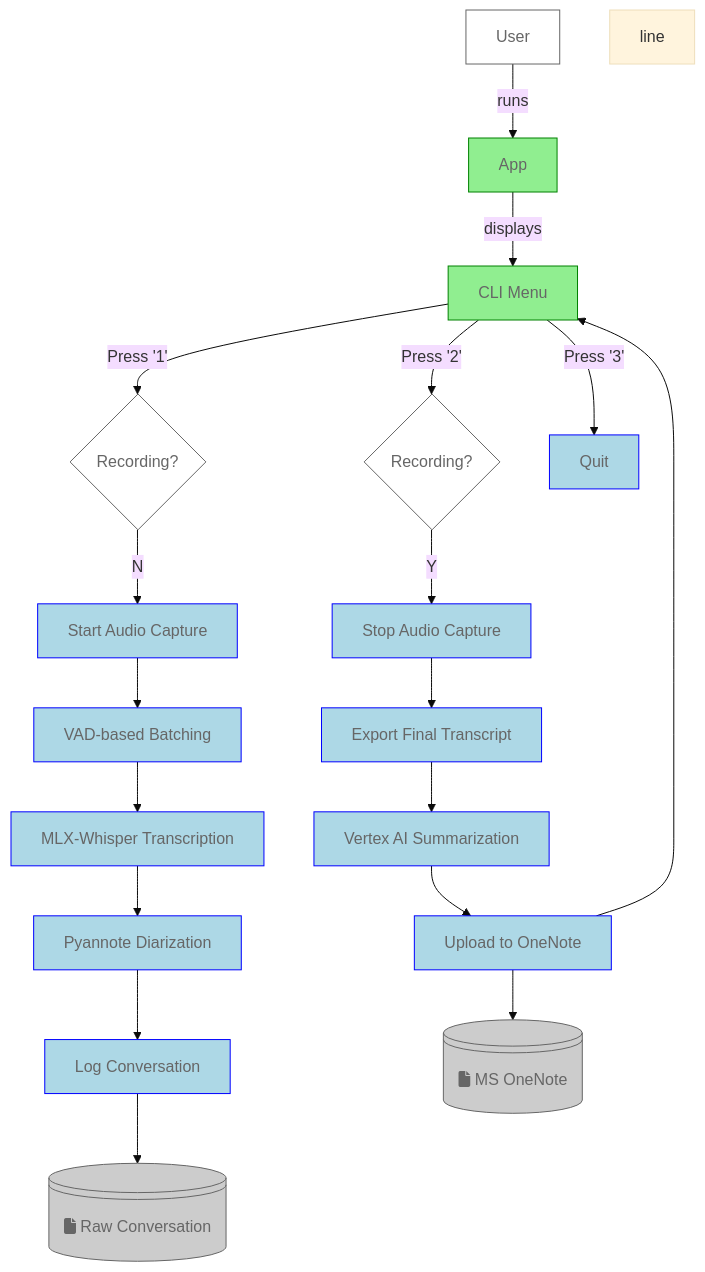
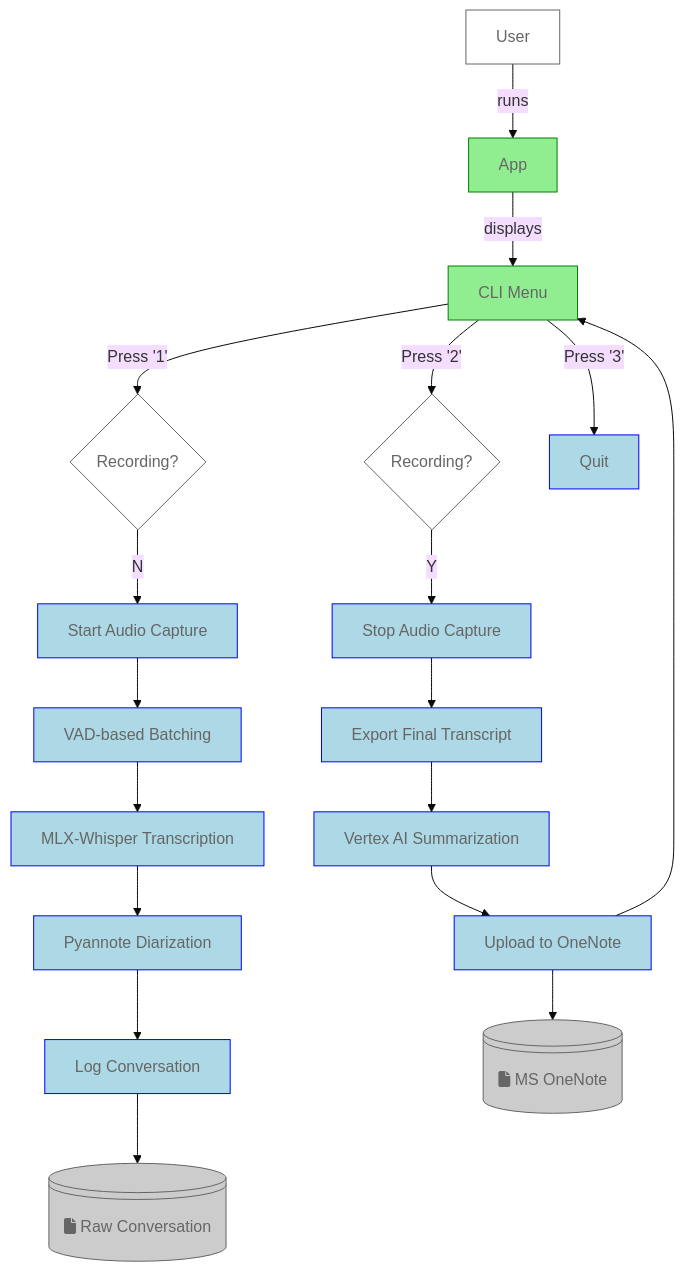
One commit to choonchernlim/you-talk-too-much-app changed the first of 2 diagrams in README.md. Above: the diagram before and after it, drawn with Mermaid (base theme).

Commit message:
feat: remove unnecessary animation line from flowchart in README

````diff
--- a/README.md
+++ b/README.md
@@ -26,48 +26,46 @@
 ```mermaid
 flowchart TD
    A[User]:::defClass
    APP[App]:::appClass
    MENU[CLI Menu]:::appClass
 
    STEP1A[Start Audio Capture]:::toolClass
    STEP1B[VAD-based Batching]:::toolClass
    STEP1C[MLX-Whisper Transcription]:::toolClass
    STEP1D[Pyannote Diarization]:::toolClass
    STEP1E[Log Conversation]:::toolClass
 
    STEP2A[Stop Audio Capture]:::toolClass
    STEP2B[Export Final Transcript]:::toolClass
    STEP2C[Vertex AI Summarization]:::toolClass
    STEP2D[Upload to OneNote]:::toolClass
 
    FILESYSTEM:::artifactClass@{ shape: lin-cyl, label: "fa:fa-file Raw Conversation" }
    ONENOTE:::artifactClass@{ shape: lin-cyl, label: "fa:fa-file MS OneNote" }
 
    A -- runs --> APP
    APP -- displays --> MENU
 
    MENU -- Press '1' --> DEC1{Recording?}:::defClass
    DEC1 -- N --> STEP1A
    STEP1A --> STEP1B
    STEP1B --> STEP1C
    STEP1C --> STEP1D
    STEP1D --> STEP1E
    STEP1E --> FILESYSTEM
 
    MENU -- Press '2' --> DEC2{Recording?}:::defClass
    DEC2 -- Y --> STEP2A
    STEP2A --> STEP2B
    STEP2B --> STEP2C
    STEP2C --> STEP2D
    STEP2D --> ONENOTE
    STEP2D --> MENU
 
    MENU -- Press '3' --> STEP3A[Quit]:::toolClass
 
-   line@{ animate: true }
-
    classDef defClass fill:#FFFFFF,stroke:#666666,color:#666666
    classDef appClass fill:lightgreen,stroke:green,color:#666666
    classDef toolClass fill:lightblue,stroke:blue,color:#666666
    classDef artifactClass fill:#CCCCCC,stroke:#666666,color:#666666
 ```
````
